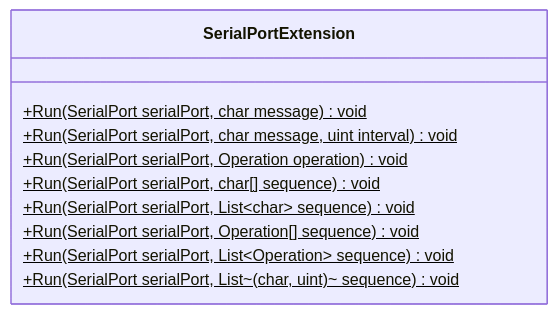
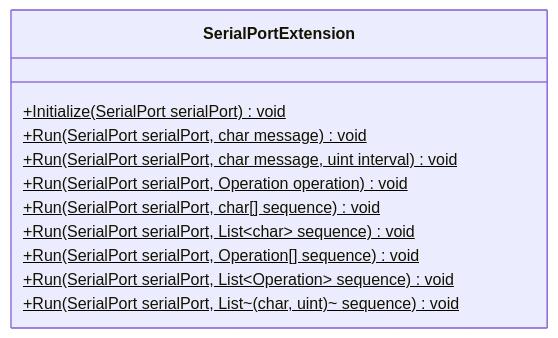
One commit to u1f992/Sunameri changed the first of 4 diagrams in README.md. Above: the diagram before and after it, drawn with Mermaid. The commit also changed 1 other file, not shown here.

````diff
--- a/README.md
+++ b/README.md
@@ -60,13 +60,14 @@
 ```mermaid
 classDiagram
 class SerialPortExtension {
+    +Initialize(SerialPort serialPort)$ void
     +Run(SerialPort serialPort, char message)$ void
     +Run(SerialPort serialPort, char message, uint interval)$ void
     +Run(SerialPort serialPort, Operation operation)$ void
     +Run(SerialPort serialPort, char[] sequence)$ void
     +Run(SerialPort serialPort, List~char~ sequence)$ void
     +Run(SerialPort serialPort, Operation[] sequence)$ void
     +Run(SerialPort serialPort, List~Operation~ sequence)$ void
     +Run(SerialPort serialPort, List~(char, uint)~ sequence)$ void
 }
 ```
````
